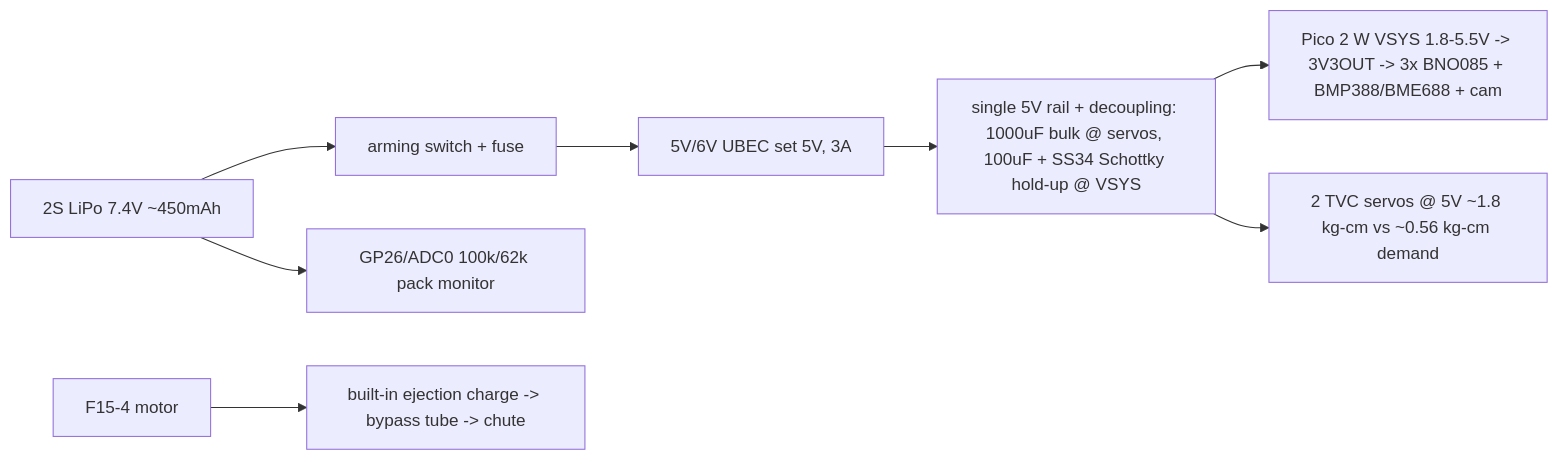
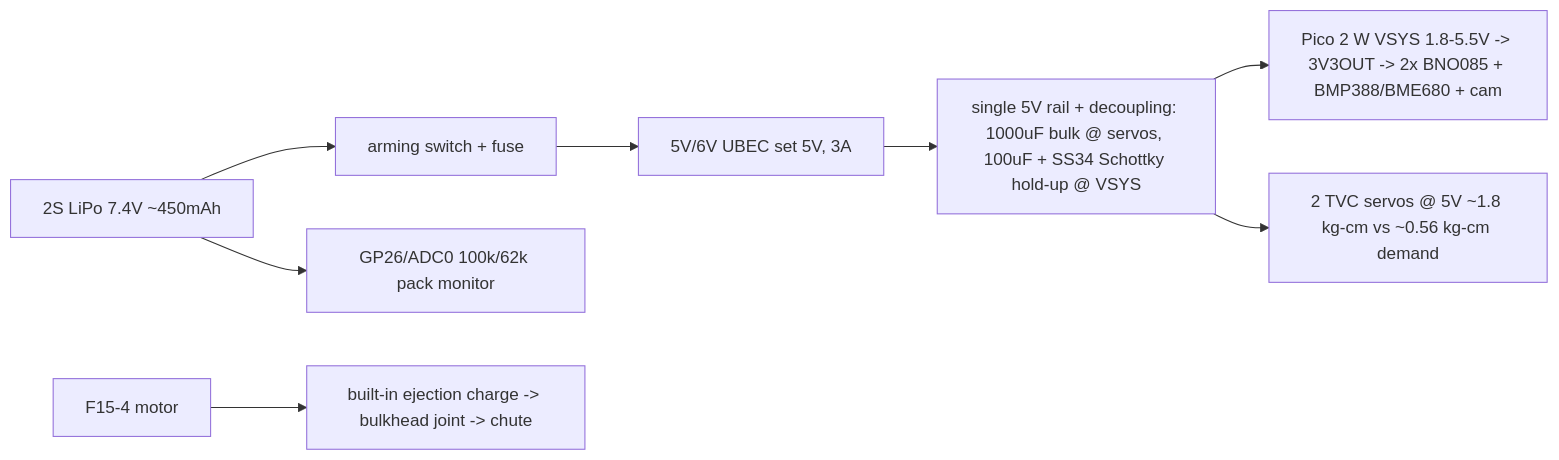
One commit to swaroopsahoo4908/WYVERN-E changed the diagram in Flight Computer/flowcharts/04_power_tree.mermaid. Above: the diagram before and after it, drawn with Mermaid. The commit also changed 93 other files, not shown here.

```diff
--- a/Flight Computer/flowcharts/04_power_tree.mermaid
+++ b/Flight Computer/flowcharts/04_power_tree.mermaid
@@ -1,10 +1,10 @@
 %% WYVERN-E — power (light 2S LiPo -> 5V UBEC; recovery is motor-driven, no recovery battery)
 %% Regenerated 2026-08. Pack is 450 mAh (Zeee 2S) -> ~40 flights/charge per we4_deepsim.py H.
 flowchart LR
     B2[2S LiPo 7.4V ~450mAh] --> SW[arming switch + fuse]
     SW --> BEC[5V/6V UBEC set 5V, 3A]
     BEC --> RAIL[single 5V rail + decoupling: 1000uF bulk @ servos, 100uF + SS34 Schottky hold-up @ VSYS]
-    RAIL --> T[Pico 2 W VSYS 1.8-5.5V -> 3V3OUT -> 3x BNO085 + BMP388/BME688 + cam]
+    RAIL --> T[Pico 2 W VSYS 1.8-5.5V -> 3V3OUT -> 2x BNO085 + BMP388/BME680 + cam]
     RAIL --> SV[2 TVC servos @ 5V ~1.8 kg-cm vs ~0.56 kg-cm demand]
     B2 --> ADC[GP26/ADC0 100k/62k pack monitor]
-    M[F15-4 motor] --> EJ[built-in ejection charge -> bypass tube -> chute]
+    M[F15-4 motor] --> EJ[built-in ejection charge -> bulkhead joint -> chute]
```
